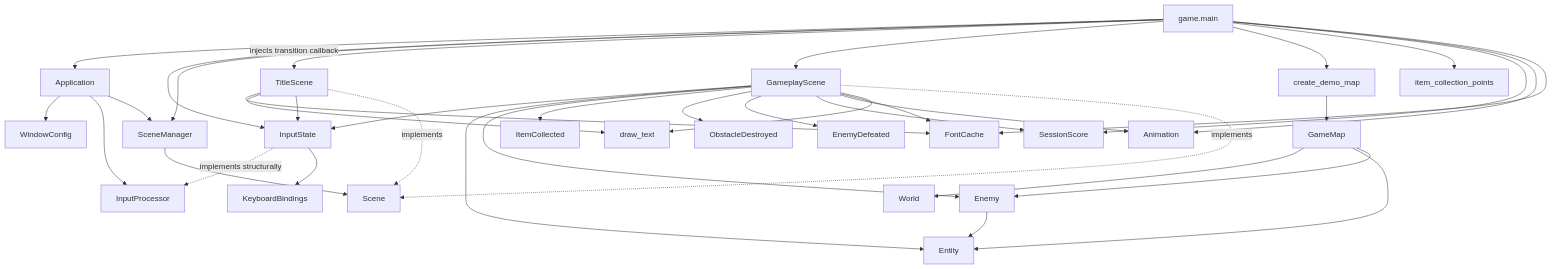
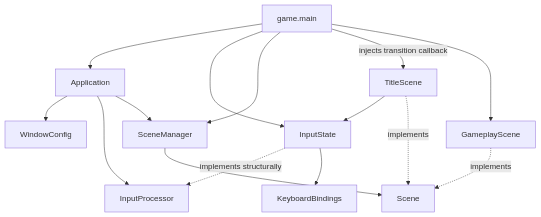
The first of 3 diagrams in docs/architecture/overview.md (VincentMardon/my_first_adventure_game), drawn with Mermaid before and after one commit. The commit also changed other lines of this file and 19 other files, not shown here.

````diff
--- a/docs/architecture/overview.md
+++ b/docs/architecture/overview.md
@@ -172,68 +178,31 @@
 ```mermaid
 flowchart TD
     GameMain["game.main"]
     Application["Application"]
     WindowConfig["WindowConfig"]
     InputProcessor["InputProcessor"]
     InputState["InputState"]
     KeyboardBindings["KeyboardBindings"]
     SceneManager["SceneManager"]
     Scene["Scene"]
     TitleScene["TitleScene"]
     GameplayScene["GameplayScene"]
-    DemoMap["create_demo_map"]
-    GameMap["GameMap"]
-    World["World"]
-    Entity["Entity"]
-    Enemy["Enemy"]
-    ItemCollected["ItemCollected"]
-    ObstacleDestroyed["ObstacleDestroyed"]
-    EnemyDefeated["EnemyDefeated"]
-    ItemCollectionPoints["item_collection_points"]
-    SessionScore["SessionScore"]
-    Animation["Animation"]
-    FontCache["FontCache"]
-    DrawText["draw_text"]
 
     GameMain --> Application
     GameMain --> InputState
     GameMain --> SceneManager
     GameMain -->|"injects transition callback"| TitleScene
     GameMain --> GameplayScene
-    GameMain --> DemoMap
-    GameMain --> ItemCollectionPoints
-    GameMain --> SessionScore
-    GameMain --> Animation
-    GameMain --> FontCache
-
-    DemoMap --> GameMap
-    GameMap --> World
-    GameMap --> Entity
-    GameMap --> Enemy
-    Enemy --> Entity
 
     Application --> WindowConfig
     Application --> InputProcessor
     Application --> SceneManager
 
-    TitleScene --> FontCache
-    TitleScene --> DrawText
     TitleScene --> InputState
-
-    GameplayScene --> InputState
-    GameplayScene --> Entity
-    GameplayScene --> Enemy
-    GameplayScene --> ItemCollected
-    GameplayScene --> ObstacleDestroyed
-    GameplayScene --> EnemyDefeated
-    GameplayScene --> SessionScore
-    GameplayScene --> Animation
-    GameplayScene --> FontCache
-    GameplayScene --> DrawText
 
     InputState -. "implements structurally" .-> InputProcessor
     InputState --> KeyboardBindings
     SceneManager --> Scene
     TitleScene -. "implements" .-> Scene
     GameplayScene -. "implements" .-> Scene
 ```
````
